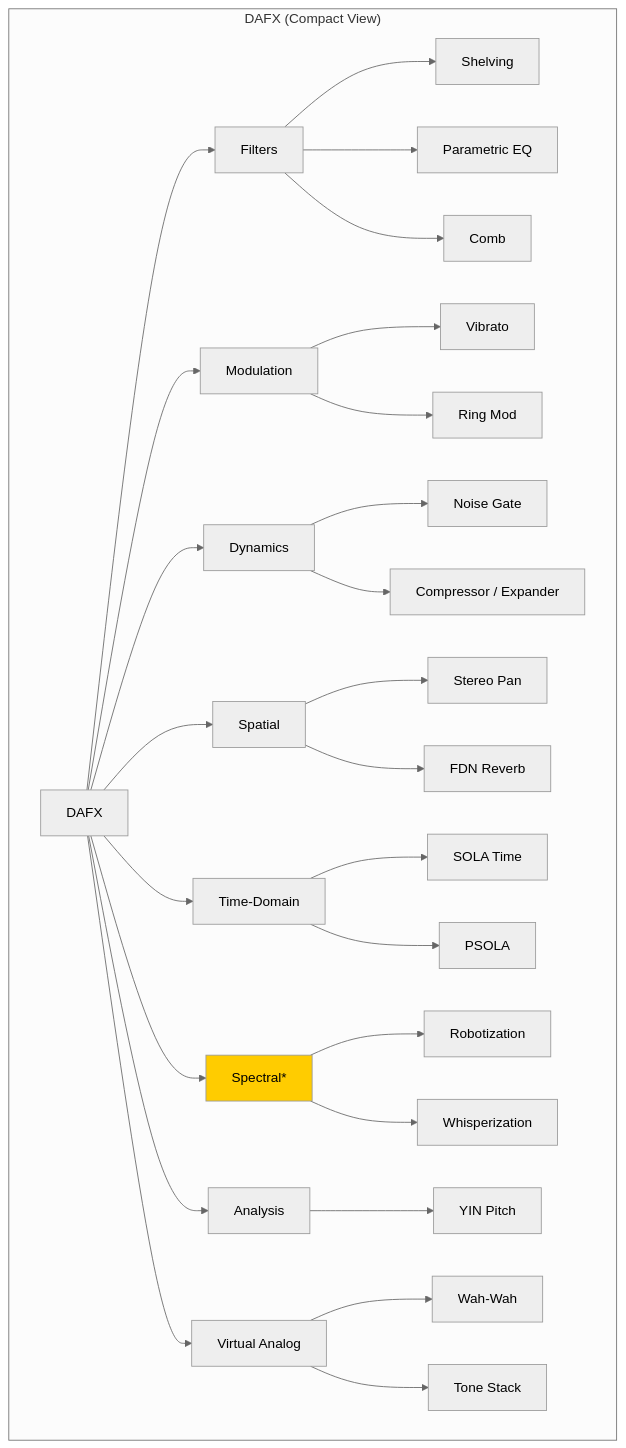
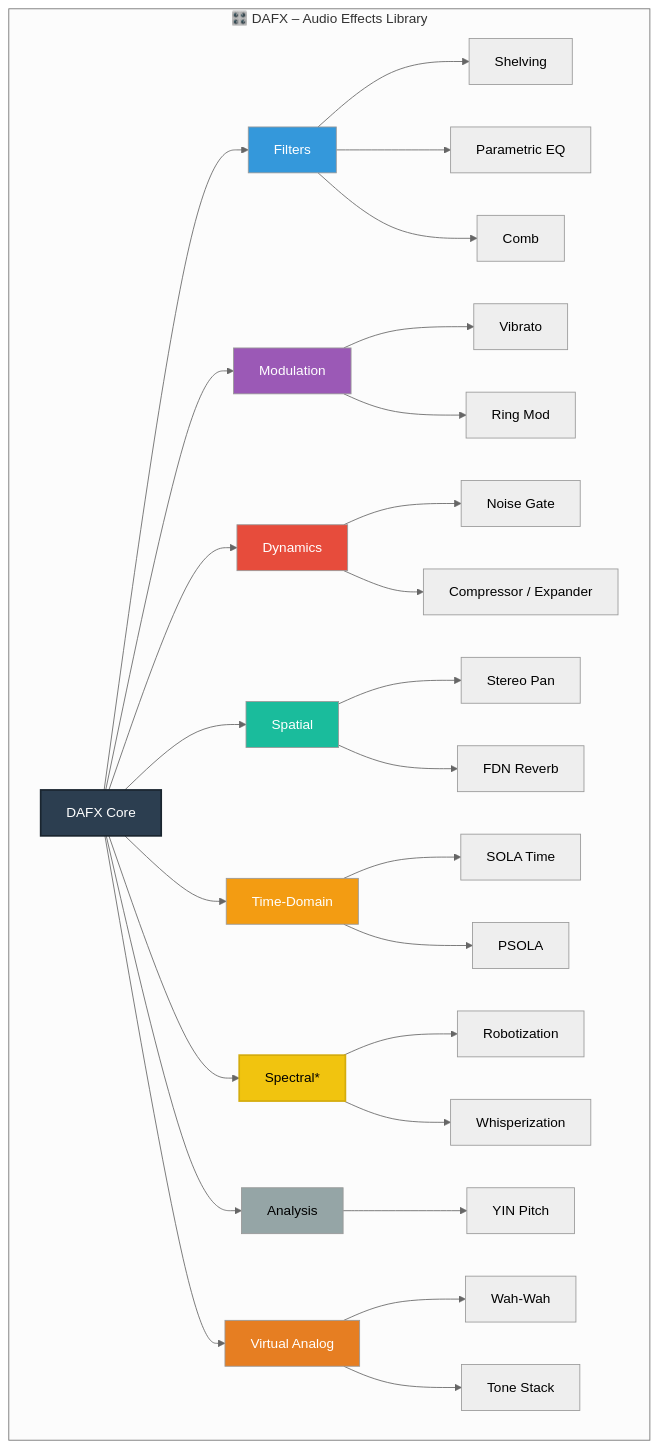
Before and after one commit to Denys/DAFX_2_Daisy_lib: the first of 4 diagrams in plans/DAFX_DaisySP_Implementation_Plan.md, drawn with Mermaid (neutral theme). The commit also changed other lines of this file and 29 other files, not shown here.

````diff
--- a/plans/DAFX_DaisySP_Implementation_Plan.md
+++ b/plans/DAFX_DaisySP_Implementation_Plan.md
@@ -117,42 +117,60 @@
 ```mermaid
 flowchart TD
 
-    subgraph DAFX_View["DAFX (Compact View)"]
+    subgraph DAFX_View["🎛️ DAFX – Audio Effects Library"]
 
-        A[DAFX] --> B[Filters]
+        A[DAFX Core]:::core
+
+        %% Filters
+        A --> B[Filters]:::filters
         B --> B1[Shelving]
         B --> B2[Parametric EQ]
         B --> B3[Comb]
 
-        A --> C[Modulation]
+        %% Modulation
+        A --> C[Modulation]:::mod
         C --> C1[Vibrato]
         C --> C2[Ring Mod]
 
-        A --> D[Dynamics]
+        %% Dynamics
+        A --> D[Dynamics]:::dyn
         D --> D1[Noise Gate]
         D --> D2[Compressor / Expander]
 
-        A --> E[Spatial]
+        %% Spatial
+        A --> E[Spatial]:::spatial
         E --> E1[Stereo Pan]
         E --> E2[FDN Reverb]
 
-        A --> F[Time-Domain]
+        %% Time Domain
+        A --> F[Time-Domain]:::time
         F --> F1[SOLA Time]
         F --> F2[PSOLA]
 
-        A --> G[Spectral*]
+        %% Spectral
+        A --> G[Spectral*]:::spectral
         G --> G1[Robotization]
         G --> G2[Whisperization]
 
-        A --> H[Analysis]
+        %% Analysis
+        A --> H[Analysis]:::analysis
         H --> H1[YIN Pitch]
 
-        A --> I[Virtual Analog]
+        %% Virtual Analog
+        A --> I[Virtual Analog]:::analog
         I --> I1[Wah-Wah]
         I --> I2[Tone Stack]
 
     end
 
-    style G fill:#ffcc00
-
+    %% ===== Styling =====
+    classDef core fill:#2c3e50,color:#ffffff,stroke:#1a252f,stroke-width:2px
+    classDef filters fill:#3498db,color:#ffffff
+    classDef mod fill:#9b59b6,color:#ffffff
+    classDef dyn fill:#e74c3c,color:#ffffff
+    classDef spatial fill:#1abc9c,color:#ffffff
+    classDef time fill:#f39c12,color:#ffffff
+    classDef spectral fill:#f1c40f,color:#000000,stroke:#d4ac0d,stroke-width:2px
+    classDef analysis fill:#95a5a6,color:#000000
+    classDef analog fill:#e67e22,color:#ffffff
 ```
````
